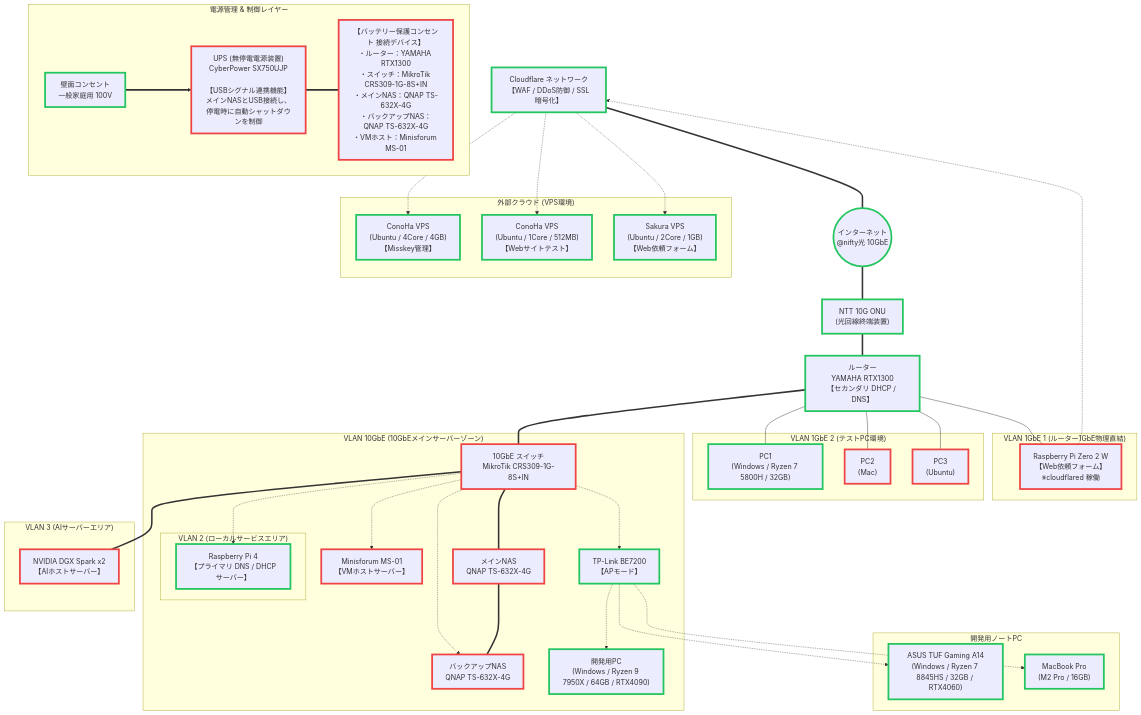
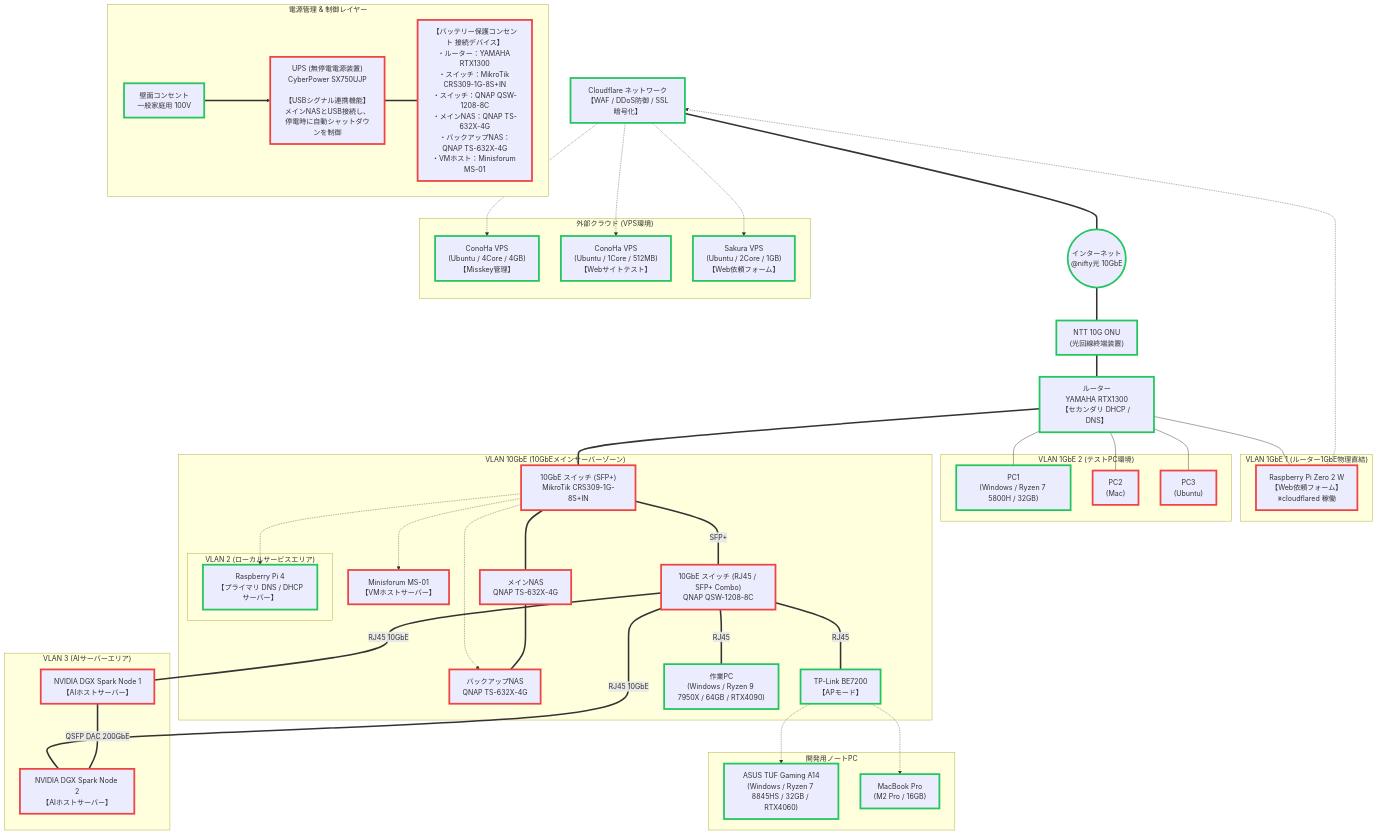
One commit to FRICK-ELDY/Engineering changed the diagram in docs/home-network/home-network.md. Above: the diagram before and after it, drawn with Mermaid. The commit also changed other lines of this file, not shown here.

Commit message:
docs: 自宅10GbE構成に QSW-1208-8C と DGX Spark 配線を追加する

````diff
--- a/docs/home-network/home-network.md
+++ b/docs/home-network/home-network.md
@@ -60,12 +60,13 @@
 
     %% 【VLAN 10GbE 系統】10GbEメインサーバーゾーン
     subgraph VLAN_10GbE_Zone ["VLAN 10GbE (10GbEメインサーバーゾーン)"]
-        CRS309["10GbE スイッチ<br>MikroTik CRS309-1G-8S+IN"]
+        CRS309["10GbE スイッチ (SFP+)<br>MikroTik CRS309-1G-8S+IN"]
+        QSW1208["10GbE スイッチ (RJ45 / SFP+ Combo)<br>QNAP QSW-1208-8C"]
         QNAP1["メインNAS<br>QNAP TS-632X-4G"]
         QNAP2["バックアップNAS<br>QNAP TS-632X-4G"]
         MS01["Minisforum MS-01<br>【VMホストサーバー】"]
         BE7200["TP-Link BE7200<br>【APモード】"]
-        PC_Dev["開発用PC<br>(Windows / Ryzen 9 7950X / 64GB / RTX4090)"]
+        PC_Dev["作業PC<br>(Windows / Ryzen 9 7950X / 64GB / RTX4090)"]
 
         %% VLAN_10GbEの配下にさらにDNSを配置
         subgraph VLAN_2 ["VLAN 2 (ローカルサービスエリア)"]
@@ -75,7 +76,8 @@
 
     %% 【VLAN 3 系統】AIサーバー環境
     subgraph VLAN_3_Zone ["VLAN 3 (AIサーバーエリア)"]
-        DGX["NVIDIA DGX Spark x2<br>【AIホストサーバー】"]
+        DGX1["NVIDIA DGX Spark Node 1<br>【AIホストサーバー】"]
+        DGX2["NVIDIA DGX Spark Node 2<br>【AIホストサーバー】"]
     end
 
     %% VLAN_10GbE 内部およびノートPC類の物理・無線接続
@@ -83,12 +85,19 @@
     CRS309 === QNAP1
     CRS309 -.-> QNAP2
     CRS309 -.-> MS01
-    CRS309 -.-> BE7200
-    BE7200 -.-> PC_Dev
+    CRS309 ===|"SFP+"| QSW1208
+    CRS309 -.-> RPi_4
+
+    QSW1208 ===|"RJ45 10GbE"| DGX1
+    QSW1208 ===|"RJ45 10GbE"| DGX2
+    QSW1208 ===|"RJ45"| BE7200
+    QSW1208 ===|"RJ45"| PC_Dev
+
+    %% DGX Spark ノード間 ConnectX-7 直結（200GbE 計算網）
+    DGX1 ===|"QSFP DAC 200GbE"| DGX2
+
     BE7200 -.-> PC_ASUS
     BE7200 -.-> PC_MBP
-    CRS309 -.-> RPi_4
-    CRS309 === DGX
 
     %% NAS間の直結専用線
     QNAP1 === QNAP2
@@ -97,7 +106,7 @@
     subgraph Power_Management ["電源管理 & 制御レイヤー"]
         direction LR
         Wall["壁面コンセント<br>一般家庭用 100V"] ===> UPS["UPS (無停電電源装置)<br>CyberPower SX750UJP<br><br>【USBシグナル連携機能】<br>メインNASとUSB接続し、停電時に自動シャットダウンを制御"]
-        UPS === P1["【バッテリー保護コンセント 接続デバイス】<br>・ルーター：YAMAHA RTX1300<br>・スイッチ：MikroTik CRS309-1G-8S+IN<br>・メインNAS：QNAP TS-632X-4G<br>・バックアップNAS：QNAP TS-632X-4G<br>・VMホスト：Minisforum MS-01"]
+        UPS === P1["【バッテリー保護コンセント 接続デバイス】<br>・ルーター：YAMAHA RTX1300<br>・スイッチ：MikroTik CRS309-1G-8S+IN<br>・スイッチ：QNAP QSW-1208-8C<br>・メインNAS：QNAP TS-632X-4G<br>・バックアップNAS：QNAP TS-632X-4G<br>・VMホスト：Minisforum MS-01"]
     end
 
     %% ノード（デバイス）自体の外枠カラー指定（緑：準備・購入済 / 赤：未購入）
@@ -124,8 +133,10 @@
     style UPS stroke:#ef4444,stroke-width:4px
     style P1 stroke:#ef4444,stroke-width:4px
     style CRS309 stroke:#ef4444,stroke-width:4px
+    style QSW1208 stroke:#ef4444,stroke-width:4px
     style QNAP1 stroke:#ef4444,stroke-width:4px
     style QNAP2 stroke:#ef4444,stroke-width:4px
     style MS01 stroke:#ef4444,stroke-width:4px
-    style DGX stroke:#ef4444,stroke-width:4px
+    style DGX1 stroke:#ef4444,stroke-width:4px
+    style DGX2 stroke:#ef4444,stroke-width:4px
 ```
````
